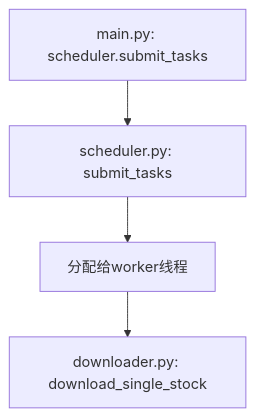
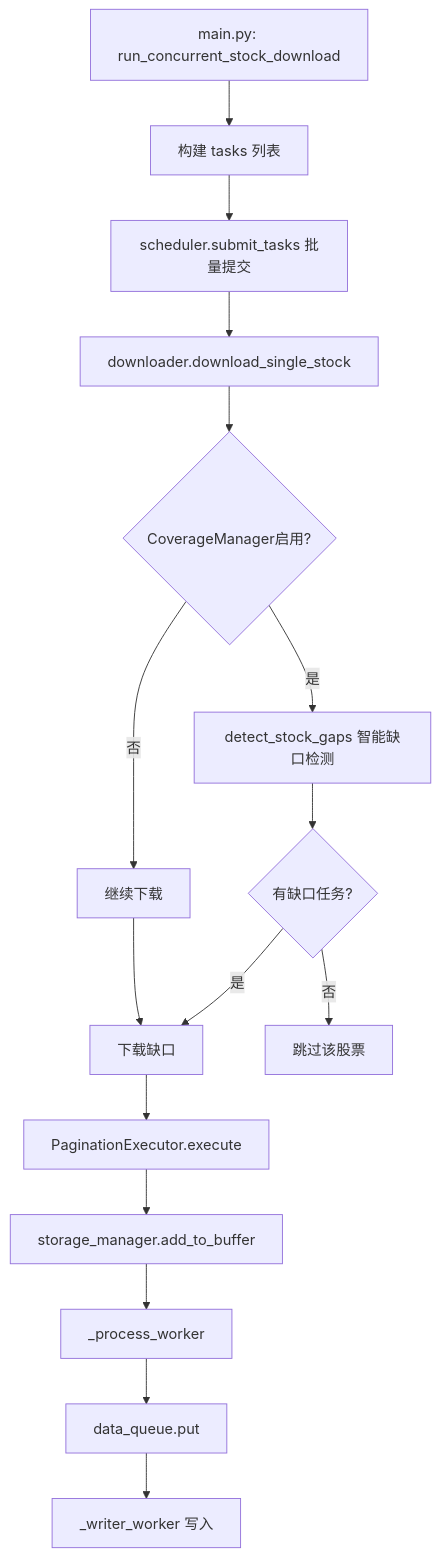
Before and after one commit to k2o333/quantaalpha: the eighth of 17 diagrams in p/main_to_interface_flow.md, drawn with Mermaid. The commit also changed other lines of this file and 1 other file, not shown here.

````diff
--- a/p/main_to_interface_flow.md
+++ b/p/main_to_interface_flow.md
@@ -160,6 +301,18 @@
 ```mermaid
 graph TD
-    A[main.py: scheduler.submit_tasks] --> B[scheduler.py: submit_tasks]
-    B --> C[分配给worker线程]
-    C --> D[downloader.py: download_single_stock]
+    A[main.py: run_concurrent_stock_download] --> B[构建 tasks 列表]
+    B --> C[scheduler.submit_tasks 批量提交]
+    C --> D[downloader.download_single_stock]
+    D --> E{CoverageManager启用?}
+    E -->|是| F[detect_stock_gaps 智能缺口检测]
+    E -->|否| G[继续下载]
+    F --> H{有缺口任务?}
+    H -->|是| I[下载缺口]
+    H -->|否| J[跳过该股票]
+    G --> I
+    I --> K[PaginationExecutor.execute]
+    K --> L[storage_manager.add_to_buffer]
+    L --> M[_process_worker]
+    M --> N[data_queue.put]
+    N --> O[_writer_worker 写入]
 ```
````
